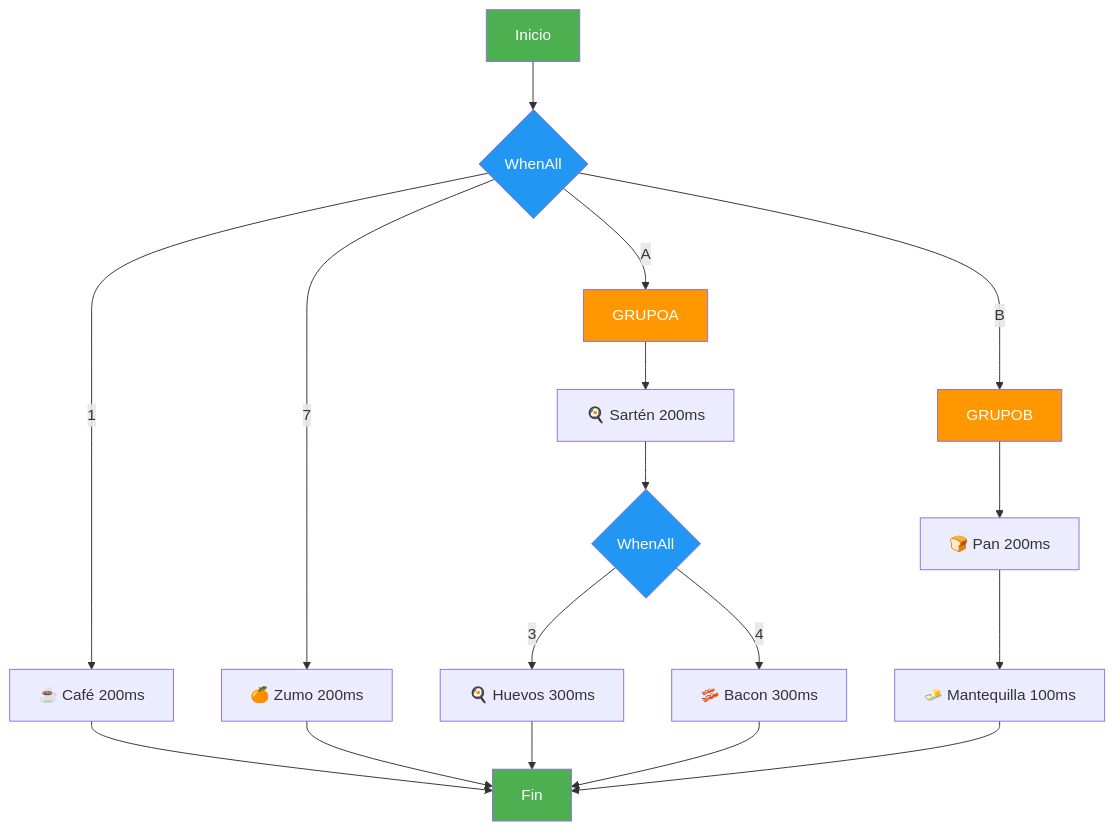
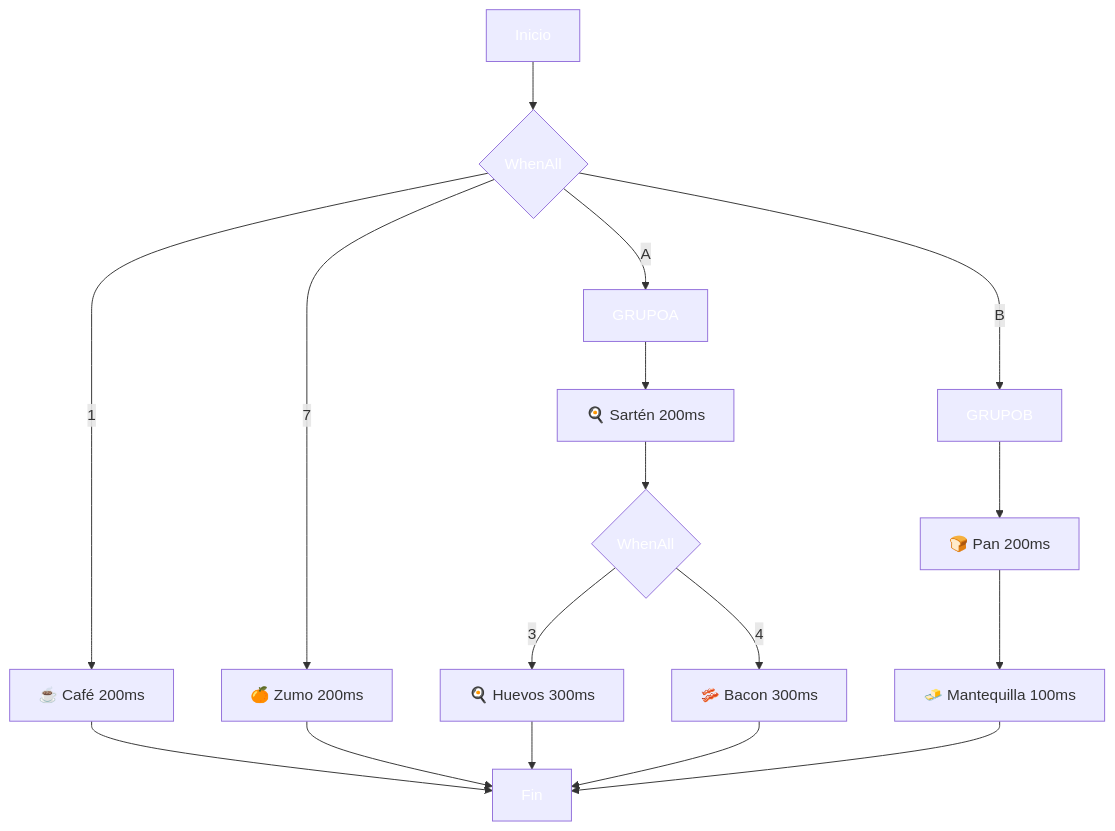
The diagram in soluciones/02-DesayunoAsync/README.md (joseluisgs/DesarrolloWebEntornosServidor-01-2026-2027), drawn with Mermaid before and after one commit. The commit also changed other lines of this file and 66 other files, not shown here.

First line of the commit message:
fix: normalizar titulos al castellano de frase y corregir la paleta de mermaid

````diff
--- a/soluciones/02-DesayunoAsync/README.md
+++ b/soluciones/02-DesayunoAsync/README.md
@@ -50,29 +50,29 @@
 ```mermaid
 graph TD
     START[Inicio] --> PARALELO{WhenAll}
     PARALELO -->|1| CAFE[☕ Café 200ms]
     PARALELO -->|A| GRUPOA
     PARALELO -->|B| GRUPOB
     PARALELO -->|7| ZUMO[🍊 Zumo 200ms]
 
     GRUPOA --> SARTEN[🍳 Sartén 200ms]
     SARTEN --> HUEVOS_BACON{WhenAll}
     HUEVOS_BACON -->|3| HUEVOS[🍳 Huevos 300ms]
     HUEVOS_BACON -->|4| BACON[🥓 Bacon 300ms]
 
     GRUPOB --> PAN[🍞 Pan 200ms]
     PAN --> MANTEQUILLA[🧈 Mantequilla 100ms]
 
     CAFE --> FIN[Fin]
     ZUMO --> FIN
     HUEVOS --> FIN
     BACON --> FIN
     MANTEQUILLA --> FIN
 
-    style START fill:#4CAF50,color:#fff
-    style FIN fill:#4CAF50,color:#fff
-    style PARALELO fill:#2196F3,color:#fff
-    style GRUPOA fill:#FF9800,color:#fff
-    style GRUPOB fill:#FF9800,color:#fff
-    style HUEVOS_BACON fill:#2196F3,color:#fff
+    style START fill:#4CAF5,color:#fff0,color:#fff
+    style FIN fill:#4CAF5,color:#fff0,color:#fff
+    style PARALELO fill:#2196F,color:#fff3,color:#fff
+    style GRUPOA fill:#FF980,color:#fff0,color:#fff
+    style GRUPOB fill:#FF980,color:#fff0,color:#fff
+    style HUEVOS_BACON fill:#2196F,color:#fff3,color:#fff
 ```
````
